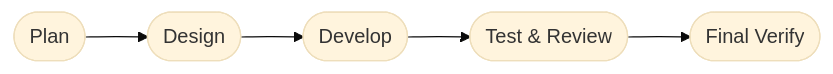
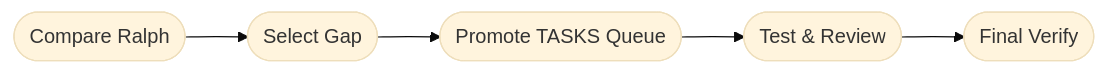
Before and after one commit to hjhun/dormammu: the diagram in .dev/DASHBOARD.md, drawn with Mermaid (base theme). The commit also changed other lines of this file and 14 other files, not shown here.

First line of the commit message:
Promote TASKS.md to first-class runtime queue

````diff
--- a/.dev/DASHBOARD.md
+++ b/.dev/DASHBOARD.md
@@ -21,7 +22,7 @@
 ```mermaid
 flowchart LR
-    plan([Plan]) --> design([Design])
-    design --> develop([Develop])
+    compare([Compare Ralph]) --> design([Select Gap])
+    design --> develop([Promote TASKS Queue])
     develop --> test_review([Test & Review])
     test_review --> final_verify([Final Verify])
 ```
````
